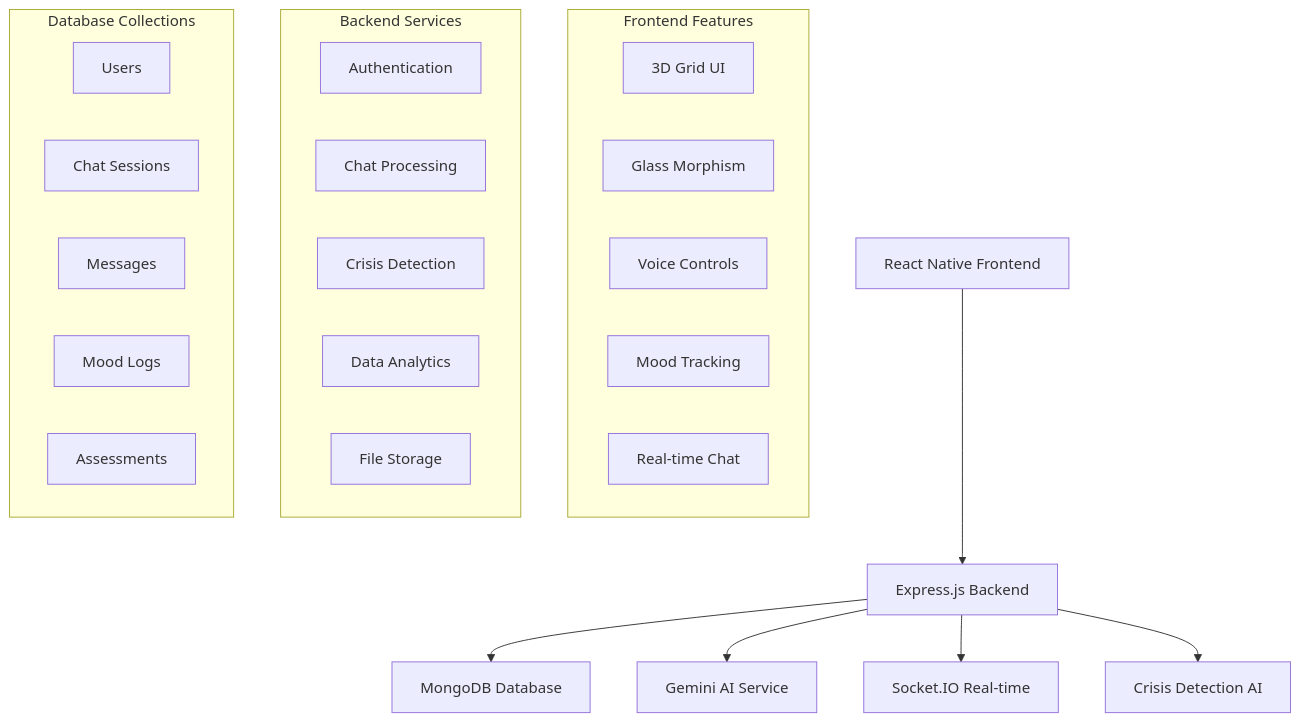
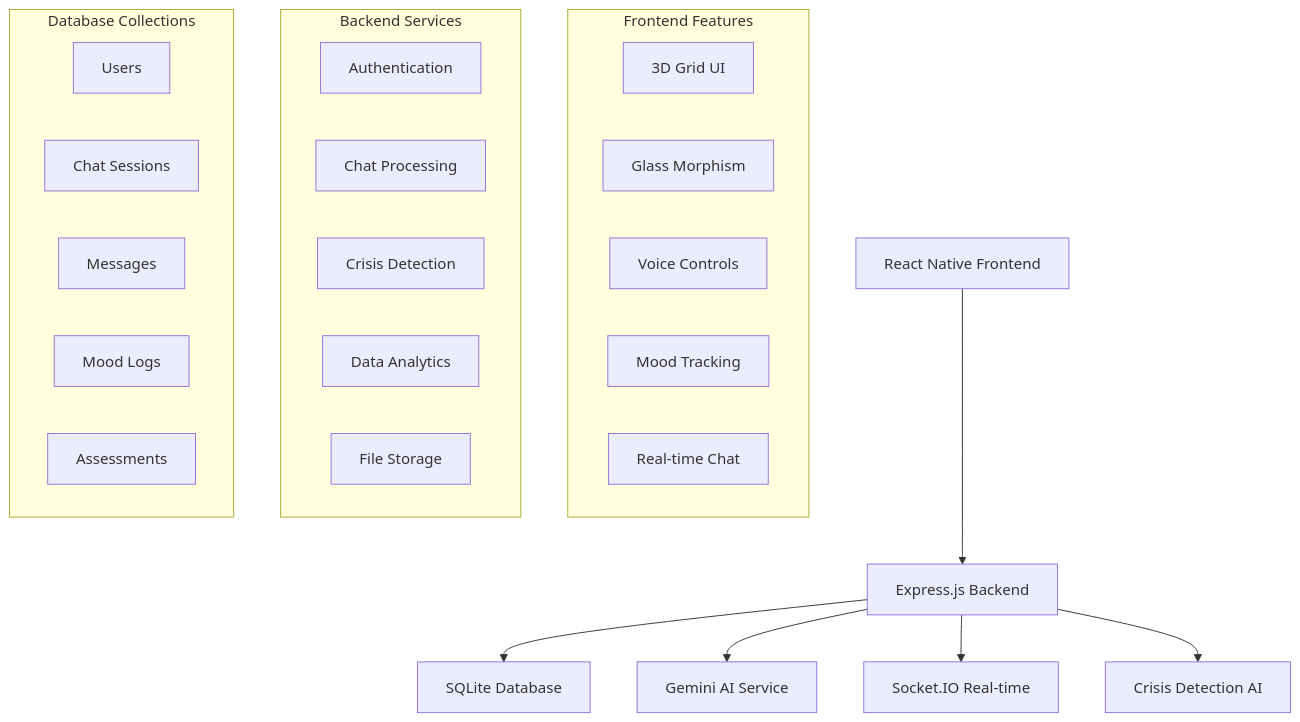
The diagram in README.md (CODER7657/genex-prj), drawn with Mermaid before and after one commit. The commit also changed other lines of this file and 24 other files, not shown here.

````diff
--- a/README.md
+++ b/README.md
@@ -73,32 +73,32 @@
 ```mermaid
 graph TB
     A[React Native Frontend] --> B[Express.js Backend]
-    B --> C[MongoDB Database]
+    B --> C[SQLite Database]
     B --> D[Gemini AI Service]
     B --> E[Socket.IO Real-time]
     B --> F[Crisis Detection AI]
     
     subgraph "Frontend Features"
         A1[3D Grid UI]
         A2[Glass Morphism]
         A3[Voice Controls]
         A4[Mood Tracking]
         A5[Real-time Chat]
     end
     
     subgraph "Backend Services"
         B1[Authentication]
         B2[Chat Processing]
         B3[Crisis Detection]
         B4[Data Analytics]
         B5[File Storage]
     end
     
     subgraph "Database Collections"
         C1[Users]
         C2[Chat Sessions]
         C3[Messages]
         C4[Mood Logs]
         C5[Assessments]
     end
 ```
````
